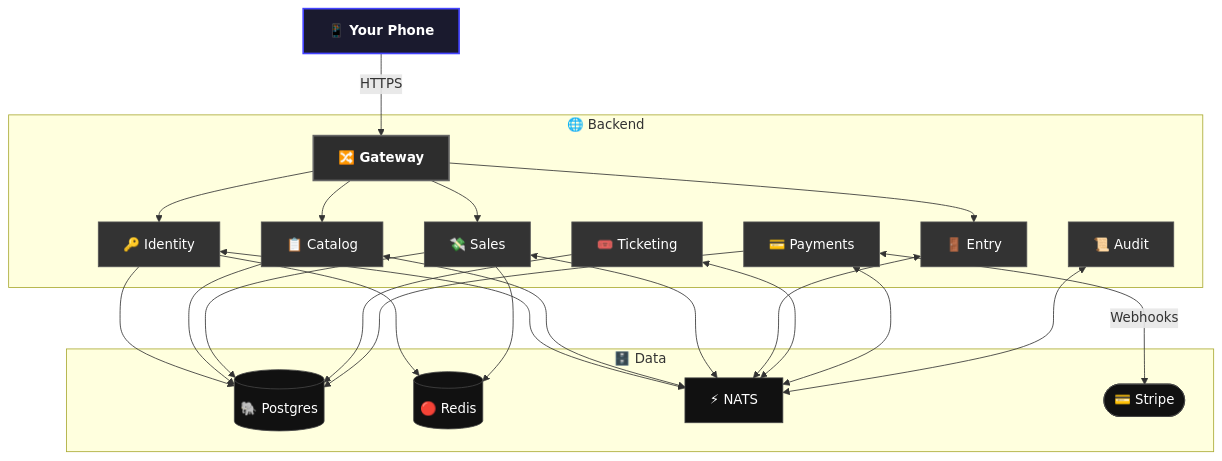
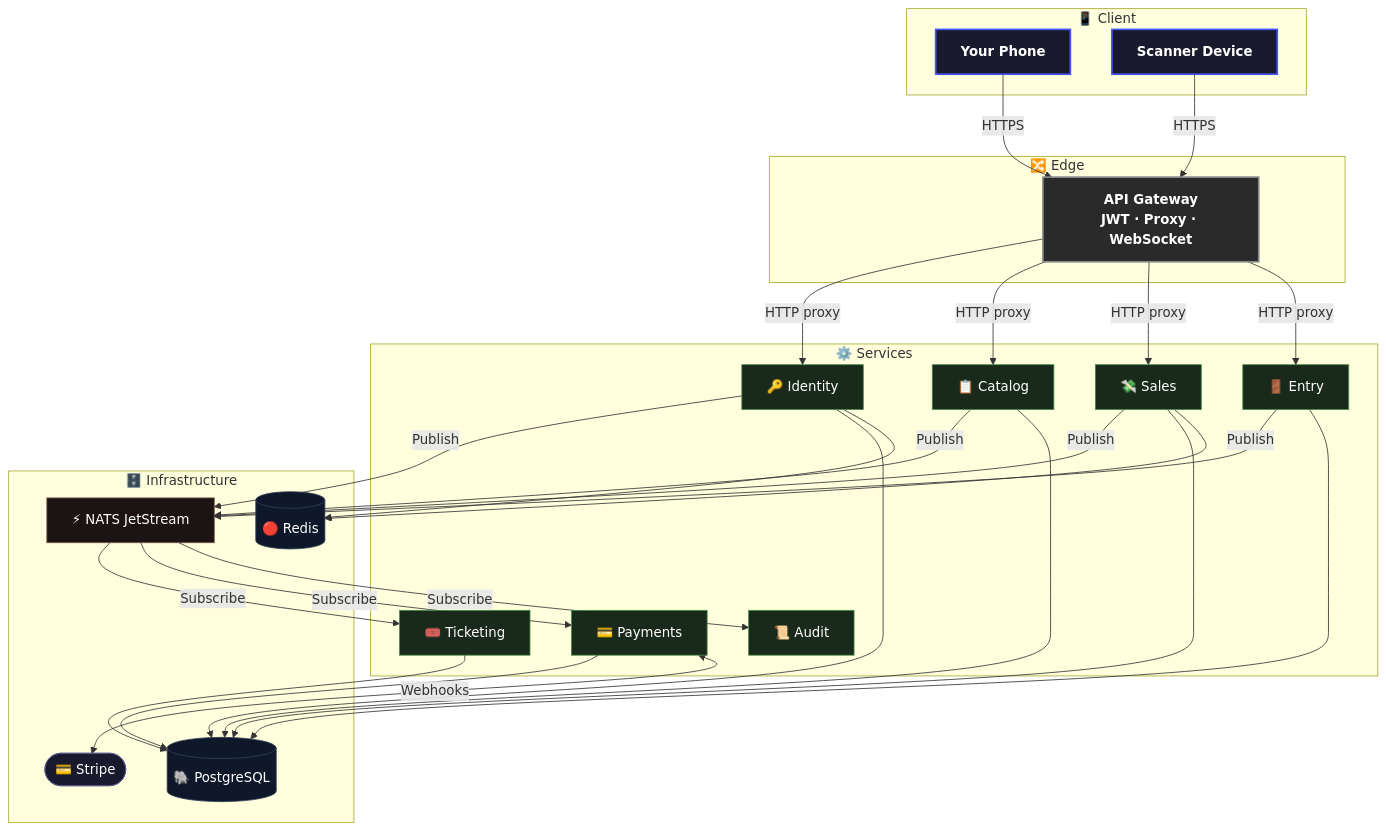
The diagram in README.md (cristiangilsanz/qrew), drawn with Mermaid before and after one commit. The commit also changed other lines of this file, not shown here.

Commit message:
docs: refine README architecture diagram into 4 named layers
Split into Client, Edge, Services, Infrastructure layers.
Show publish/subscribe distinction on NATS connections.
Add scanner device as second client. Rename Data to Infrastructure.

````diff
--- a/README.md
+++ b/README.md
@@ -29,34 +29,46 @@
 ```mermaid
 flowchart TB
-    phone["📱 Your Phone"]:::app
+    subgraph "📱 Client"
+        phone["Your Phone"]:::app
+        scanner["Scanner Device"]:::app
+    end
 
-    subgraph "🌐 Backend"
-        gw["🔀 Gateway"]:::edge
+    subgraph "🔀 Edge"
+        gw["API Gateway\nJWT · Proxy · WebSocket"]:::edge
+    end
+
+    subgraph "⚙️ Services"
         identity["🔑 Identity"]:::svc
         catalog["📋 Catalog"]:::svc
         sales["💸 Sales"]:::svc
         ticketing["🎟️ Ticketing"]:::svc
         payments["💳 Payments"]:::svc
         entry["🚪 Entry"]:::svc
         audit["📜 Audit"]:::svc
     end
 
-    subgraph "🗄️ Data"
-        pg[("🐘 Postgres")]:::infra
-        redis[("🔴 Redis")]:::infra
-        nats["⚡ NATS"]:::infra
-        stripe(["💳 Stripe"]):::infra
+    subgraph "🗄️ Infrastructure"
+        pg[("🐘 PostgreSQL")]:::db
+        redis[("🔴 Redis")]:::db
+        nats["⚡ NATS JetStream"]:::bus
+        stripe(["💳 Stripe"]):::ext
     end
 
-    phone -->|"HTTPS"| gw
-    gw --> identity & catalog & sales & entry
-    identity & catalog & sales & entry & ticketing & payments & audit <--> nats
-    identity & catalog & sales & ticketing & payments --> pg
+    phone   -->|"HTTPS"| gw
+    scanner -->|"HTTPS"| gw
+    gw      -->|"HTTP proxy"| identity & catalog & sales & entry
+
+    identity & catalog & sales & entry -->|"Publish"| nats
+    nats -->|"Subscribe"| ticketing & payments & audit
+
+    identity & catalog & sales & ticketing & payments & entry --> pg
     identity & sales --> redis
     payments <-->|"Webhooks"| stripe
 
-    classDef app fill:#1a1a2e,color:#fff,stroke:#4444ff,stroke-width:2px,font-weight:bold
-    classDef edge fill:#2d2d2d,color:#fff,stroke:#666,stroke-width:2px,font-weight:bold
-    classDef svc fill:#333,color:#fff,stroke:#555,stroke-width:1px
-    classDef infra fill:#111,color:#fff,stroke:#444,stroke-width:1px
+    classDef app  fill:#1a1a2e,color:#fff,stroke:#4455ff,stroke-width:2px,font-weight:bold
+    classDef edge fill:#2a2a2a,color:#fff,stroke:#888,stroke-width:2px,font-weight:bold
+    classDef svc  fill:#1a2a1a,color:#fff,stroke:#4a8a4a,stroke-width:1px
+    classDef db   fill:#0f172a,color:#fff,stroke:#334155,stroke-width:1px
+    classDef bus  fill:#1c1412,color:#fff,stroke:#78564e,stroke-width:1px
+    classDef ext  fill:#1a1a2e,color:#fff,stroke:#555588,stroke-width:1px
 ```
````
